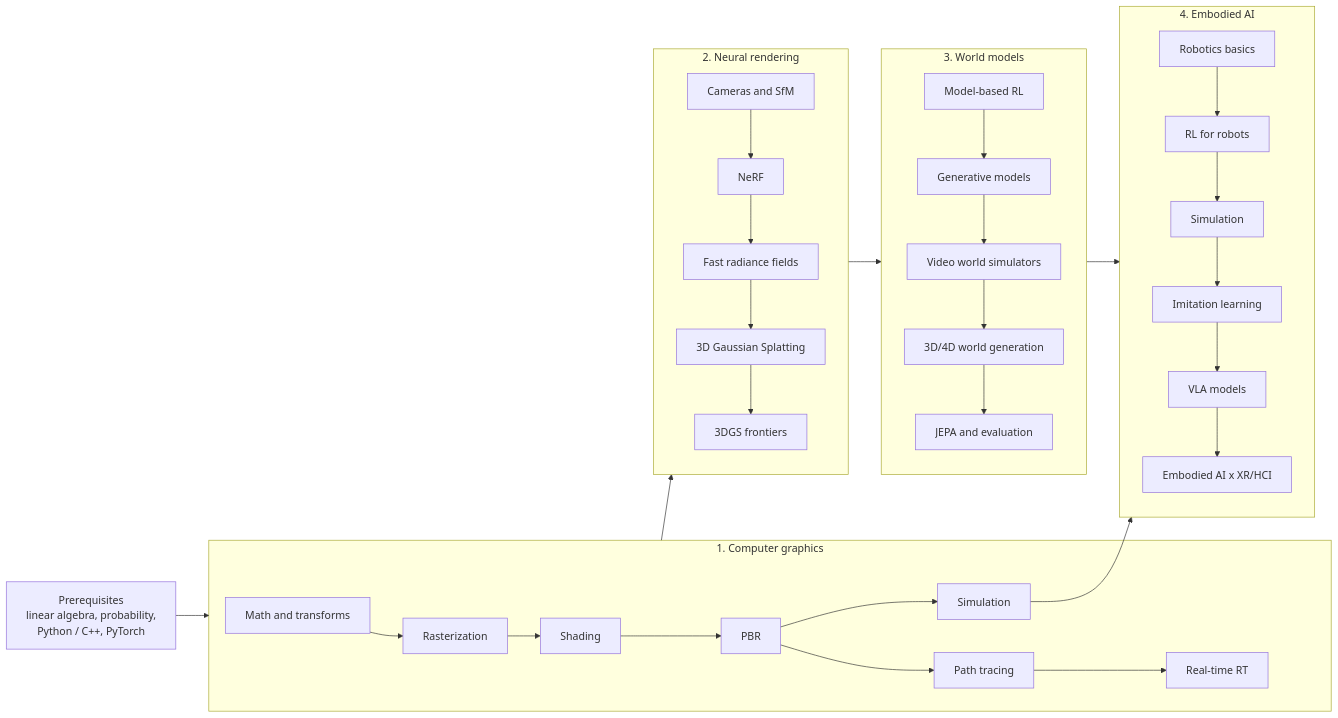
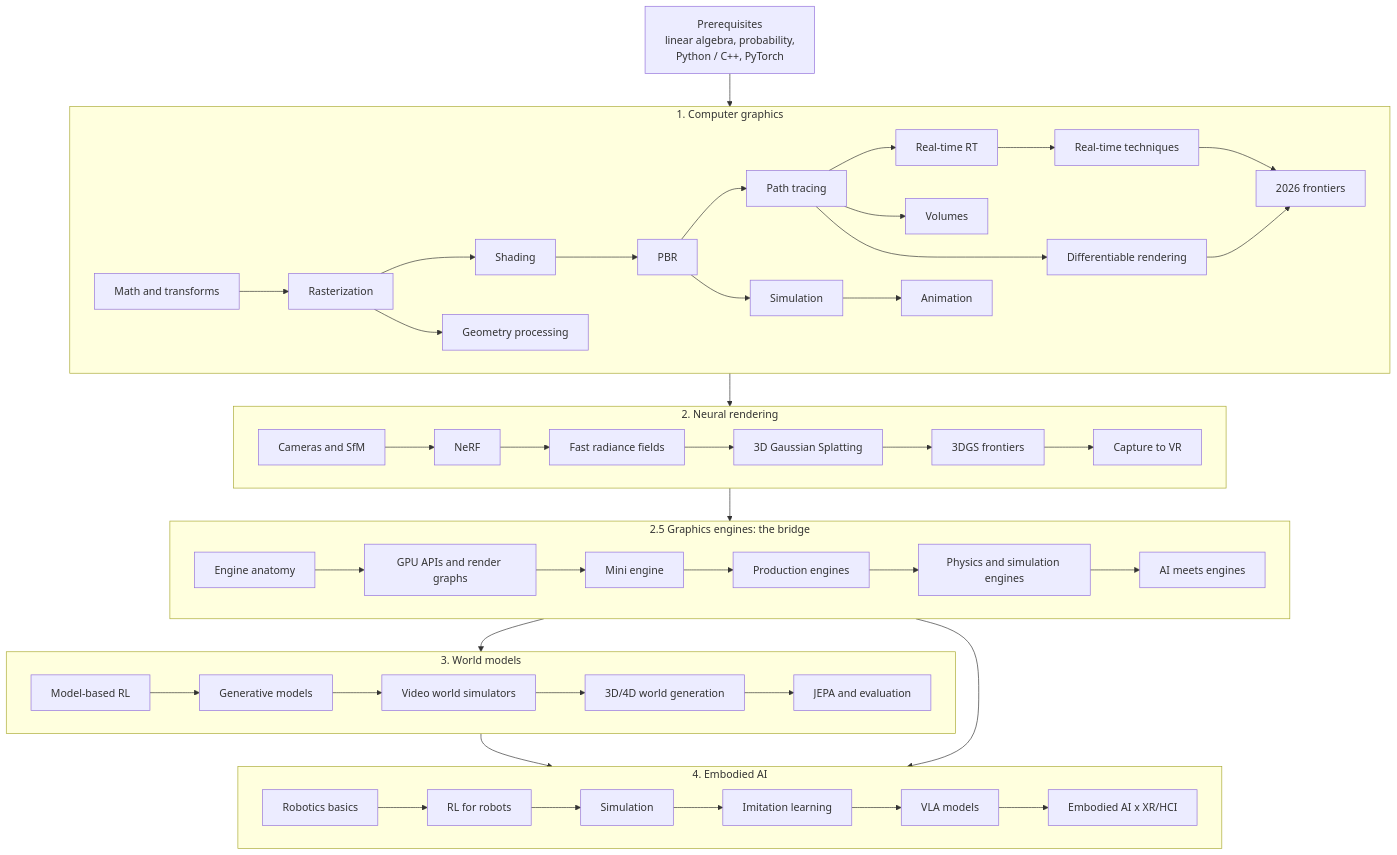
The diagram in _posts/en-us/2026-10-27-roadmap-01-learning-roadmap.md (Amadeusyzh/Takuyy), drawn with Mermaid before and after one commit. The commit also changed other lines of this file and 17 other files, not shown here.

````diff
--- a/_posts/en-us/2026-10-27-roadmap-01-learning-roadmap.md
+++ b/_posts/en-us/2026-10-27-roadmap-01-learning-roadmap.md
@@ -21,21 +21,37 @@
 ```mermaid
-flowchart LR
+flowchart TB
   P[Prerequisites<br/>linear algebra, probability,<br/>Python / C++, PyTorch] --> G
   subgraph G[1. Computer graphics]
+    direction LR
     G1[Math and transforms] --> G2[Rasterization] --> G3[Shading] --> G4[PBR] --> G5[Path tracing] --> G6[Real-time RT]
     G4 --> G7[Simulation]
+    G2 --> G8[Geometry processing]
+    G7 --> G9[Animation]
+    G5 --> G10[Volumes]
+    G5 --> G12[Differentiable rendering]
+    G6 --> G11[Real-time techniques]
+    G11 --> G13[2026 frontiers]
+    G12 --> G13
   end
   G --> N
   subgraph N[2. Neural rendering]
-    N1[Cameras and SfM] --> N2[NeRF] --> N3[Fast radiance fields] --> N4[3D Gaussian Splatting] --> N5[3DGS frontiers]
+    direction LR
+    N1[Cameras and SfM] --> N2[NeRF] --> N3[Fast radiance fields] --> N4[3D Gaussian Splatting] --> N5[3DGS frontiers] --> N6[Capture to VR]
   end
-  N --> W
+  N --> X
+  subgraph X[2.5 Graphics engines: the bridge]
+    direction LR
+    X1[Engine anatomy] --> X2[GPU APIs and render graphs] --> X3[Mini engine] --> X4[Production engines] --> X5[Physics and simulation engines] --> X6[AI meets engines]
+  end
+  X --> W
   subgraph W[3. World models]
+    direction LR
     W1[Model-based RL] --> W2[Generative models] --> W3[Video world simulators] --> W4[3D/4D world generation] --> W5[JEPA and evaluation]
   end
-  G7 --> E
   W --> E
+  X --> E
   subgraph E[4. Embodied AI]
+    direction LR
     E1[Robotics basics] --> E2[RL for robots] --> E3[Simulation] --> E4[Imitation learning] --> E5[VLA models] --> E6[Embodied AI x XR/HCI]
   end
 ```
````
